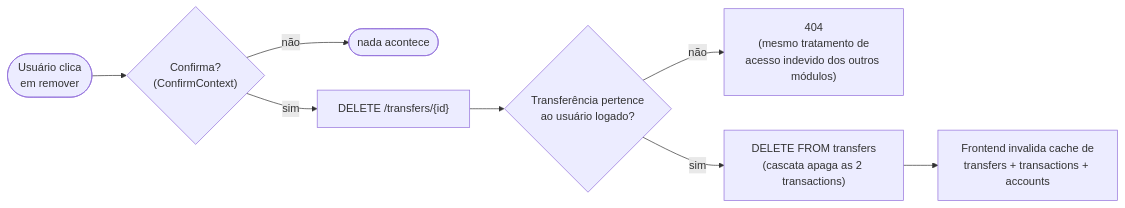
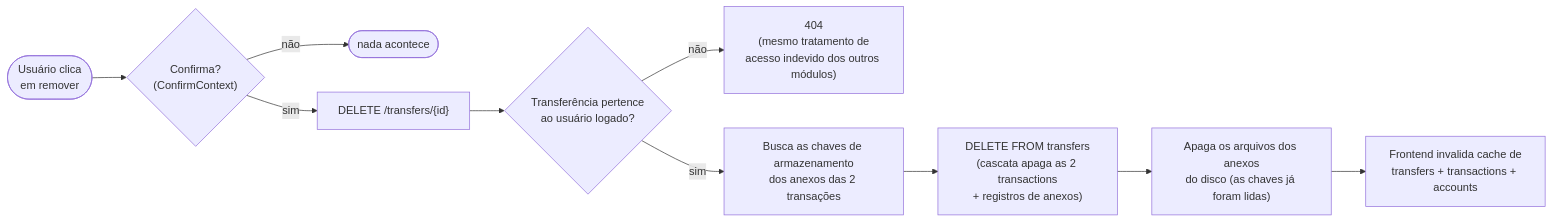
The third of 4 diagrams in docs/tecnica/fluxo-transferencias.md (leozztto/LmfFinPro), drawn with Mermaid before and after one commit. The commit also changed other lines of this file and 44 other files, not shown here.

````diff
--- a/docs/tecnica/fluxo-transferencias.md
+++ b/docs/tecnica/fluxo-transferencias.md
@@ -132,10 +141,12 @@
 ```mermaid
 flowchart LR
     U(["Usuário clica\nem remover"]) --> Confirm{"Confirma?\n(ConfirmContext)"}
     Confirm -- não --> Fim(["nada acontece"])
     Confirm -- sim --> Del["DELETE /transfers/{id}"]
     Del --> Check{"Transferência pertence\nao usuário logado?"}
     Check -- não --> NotFound["404\n(mesmo tratamento de\nacesso indevido dos outros módulos)"]
-    Check -- sim --> Cascade["DELETE FROM transfers\n(cascata apaga as 2 transactions)"]
-    Cascade --> Invalidate["Frontend invalida cache de\ntransfers + transactions + accounts"]
+    Check -- sim --> Keys["Busca as chaves de armazenamento\ndos anexos das 2 transações"]
+    Keys --> Cascade["DELETE FROM transfers\n(cascata apaga as 2 transactions\n+ registros de anexos)"]
+    Cascade --> Files["Apaga os arquivos dos anexos\ndo disco (as chaves já foram lidas)"]
+    Files --> Invalidate["Frontend invalida cache de\ntransfers + transactions + accounts"]
 ```
````
